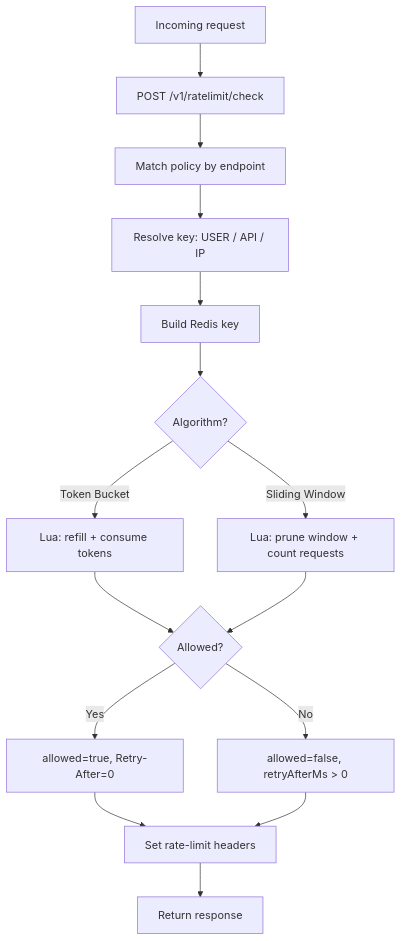
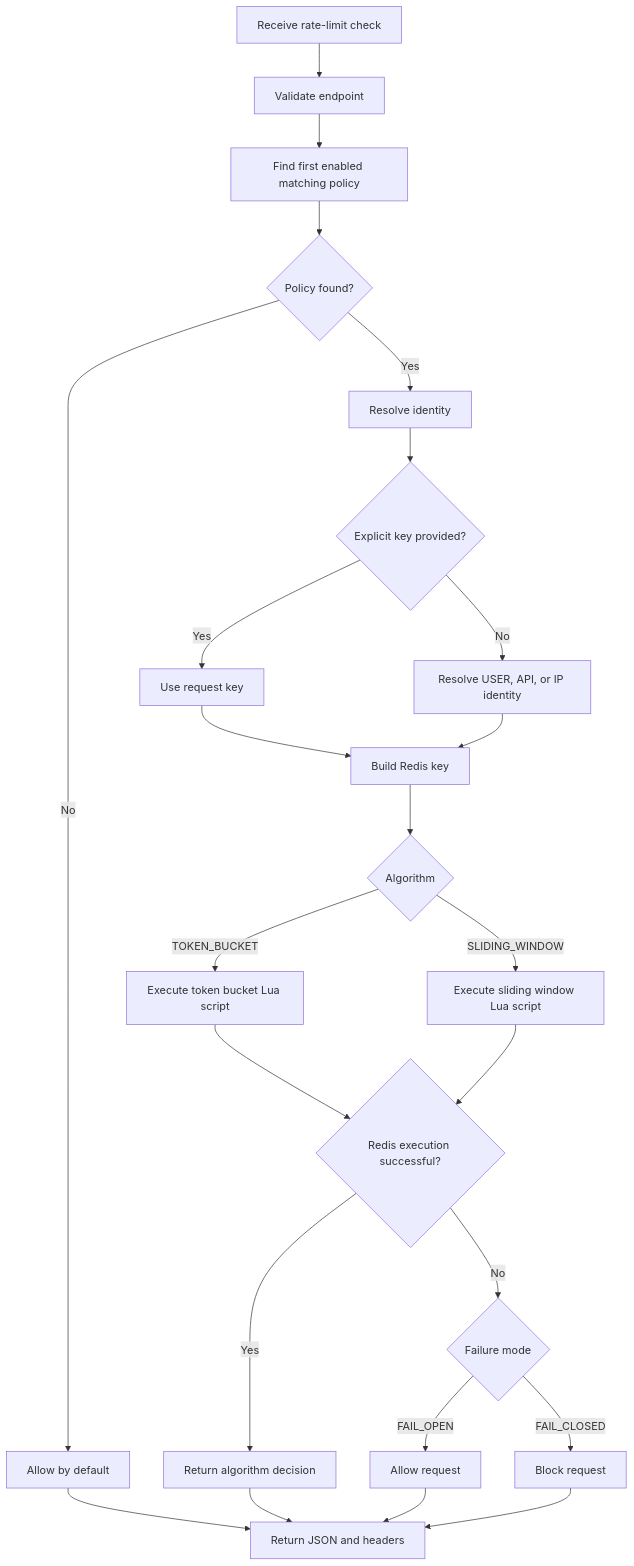
The third of 6 diagrams in README.md (leelamanisankarpeerukattla/distributed-api-rate-limiter), drawn with Mermaid before and after one commit. The commit also changed other lines of this file, not shown here.

````diff
--- a/README.md
+++ b/README.md
@@ -58,21 +200,37 @@
 ```mermaid
 flowchart TD
-  A[Incoming request] --> B[POST /v1/ratelimit/check]
-  B --> C[Match policy by endpoint]
-  C --> D[Resolve key: USER / API / IP]
-  D --> E[Build Redis key]
-  E --> F{Algorithm?}
+    A["Receive rate-limit check"] --> B["Validate endpoint"]
+    B --> C["Find first enabled matching policy"]
 
-  F -->|Token Bucket| G[Lua: refill + consume tokens]
-  F -->|Sliding Window| H[Lua: prune window + count requests]
+    C --> D{"Policy found?"}
 
-  G --> I{Allowed?}
-  H --> I{Allowed?}
+    D -->|No| E["Allow by default"]
+    D -->|Yes| F["Resolve identity"]
 
-  I -->|Yes| J[allowed=true, Retry-After=0]
-  I -->|No| K[allowed=false, retryAfterMs > 0]
+    F --> G{"Explicit key provided?"}
 
-  J --> L[Set rate-limit headers]
-  K --> L
-  L --> M[Return response]
+    G -->|Yes| H["Use request key"]
+    G -->|No| I["Resolve USER, API, or IP identity"]
+
+    H --> J["Build Redis key"]
+    I --> J
+
+    J --> K{"Algorithm"}
+
+    K -->|TOKEN_BUCKET| L["Execute token bucket Lua script"]
+    K -->|SLIDING_WINDOW| M["Execute sliding window Lua script"]
+
+    L --> N{"Redis execution successful?"}
+    M --> N
+
+    N -->|Yes| O["Return algorithm decision"]
+    N -->|No| P{"Failure mode"}
+
+    P -->|FAIL_OPEN| Q["Allow request"]
+    P -->|FAIL_CLOSED| R["Block request"]
+
+    E --> S["Return JSON and headers"]
+    O --> S
+    Q --> S
+    R --> S
 ```
````
